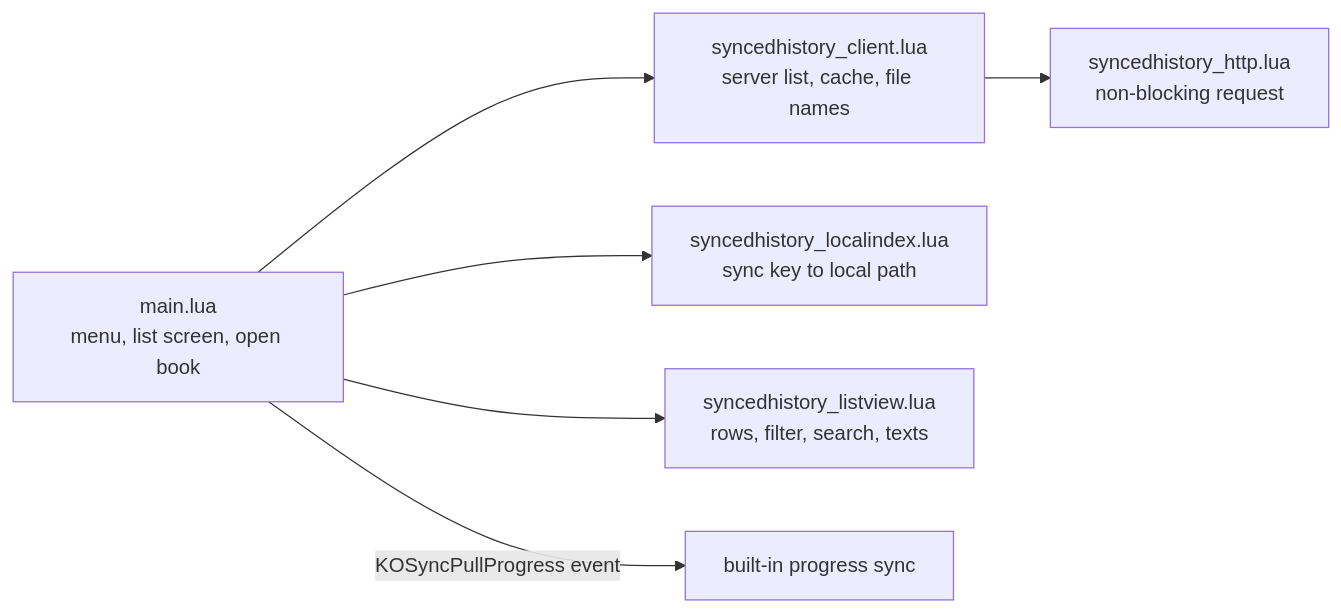
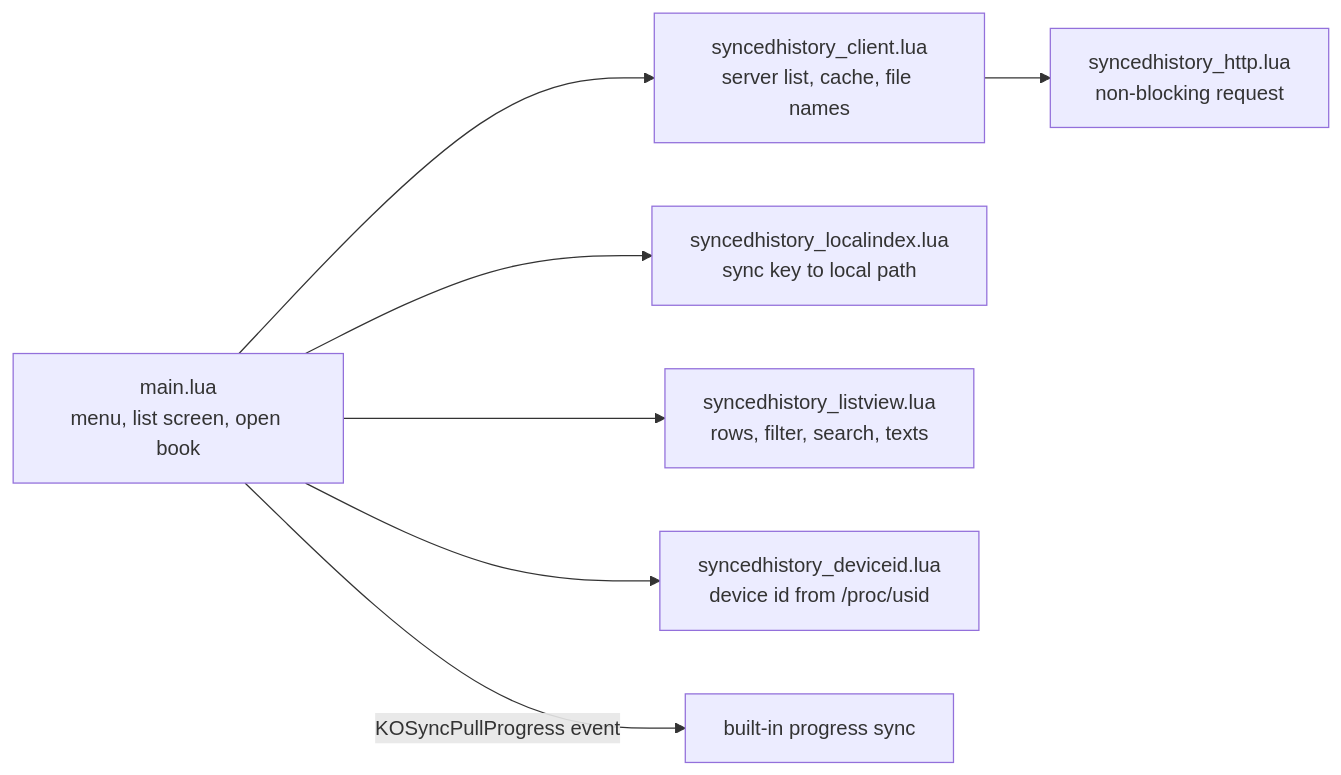
Before and after one commit to luutuankiet/koreader-ppw3: the diagram in docs/architecture/synced-reading-list.md, drawn with Mermaid. The commit also changed other lines of this file and 9 other files, not shown here.

First line of the commit message:
feat(syncedhistory): derive the progress sync device id from the Kindle serial

````diff
--- a/docs/architecture/synced-reading-list.md
+++ b/docs/architecture/synced-reading-list.md
@@ -11,8 +11,9 @@
 ```mermaid
 flowchart LR
     M[main.lua<br/>menu, list screen, open book] --> C[syncedhistory_client.lua<br/>server list, cache, file names]
     C --> H[syncedhistory_http.lua<br/>non-blocking request]
     M --> I[syncedhistory_localindex.lua<br/>sync key to local path]
     M --> V[syncedhistory_listview.lua<br/>rows, filter, search, texts]
+    M --> D[syncedhistory_deviceid.lua<br/>device id from /proc/usid]
     M -->|KOSyncPullProgress event| K[built-in progress sync]
 ```
````
